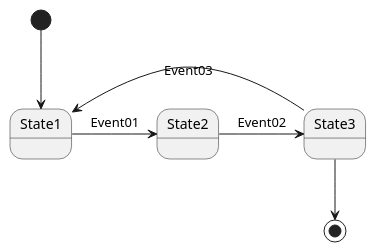
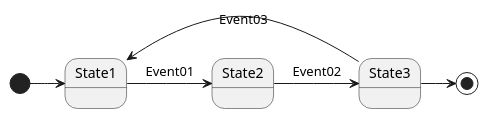
The diagram in plantuml/src/main/resources/plantuml/state-diagram.puml (phoswald/sample-documentation), drawn with PlantUML before and after one commit. The commit also changed 12 other files, not shown here.

Commit message:
More diagrams, and same same

```diff
--- a/plantuml/src/main/resources/plantuml/state-diagram.puml
+++ b/plantuml/src/main/resources/plantuml/state-diagram.puml
@@ -1,7 +1,10 @@
 @startuml
-[*] --> State1
+' The type of arrow indicates the direction, e.g:
+' from left to right: -> oder -right->
+' from top to bottom: --> oder -down->
+[*] -> State1
 State1 -> State2 : Event01
 State2 -> State3 : Event02
 State3 -> State1 : Event03
-State3 --> [*]
+State3 -> [*]
 @enduml
```
